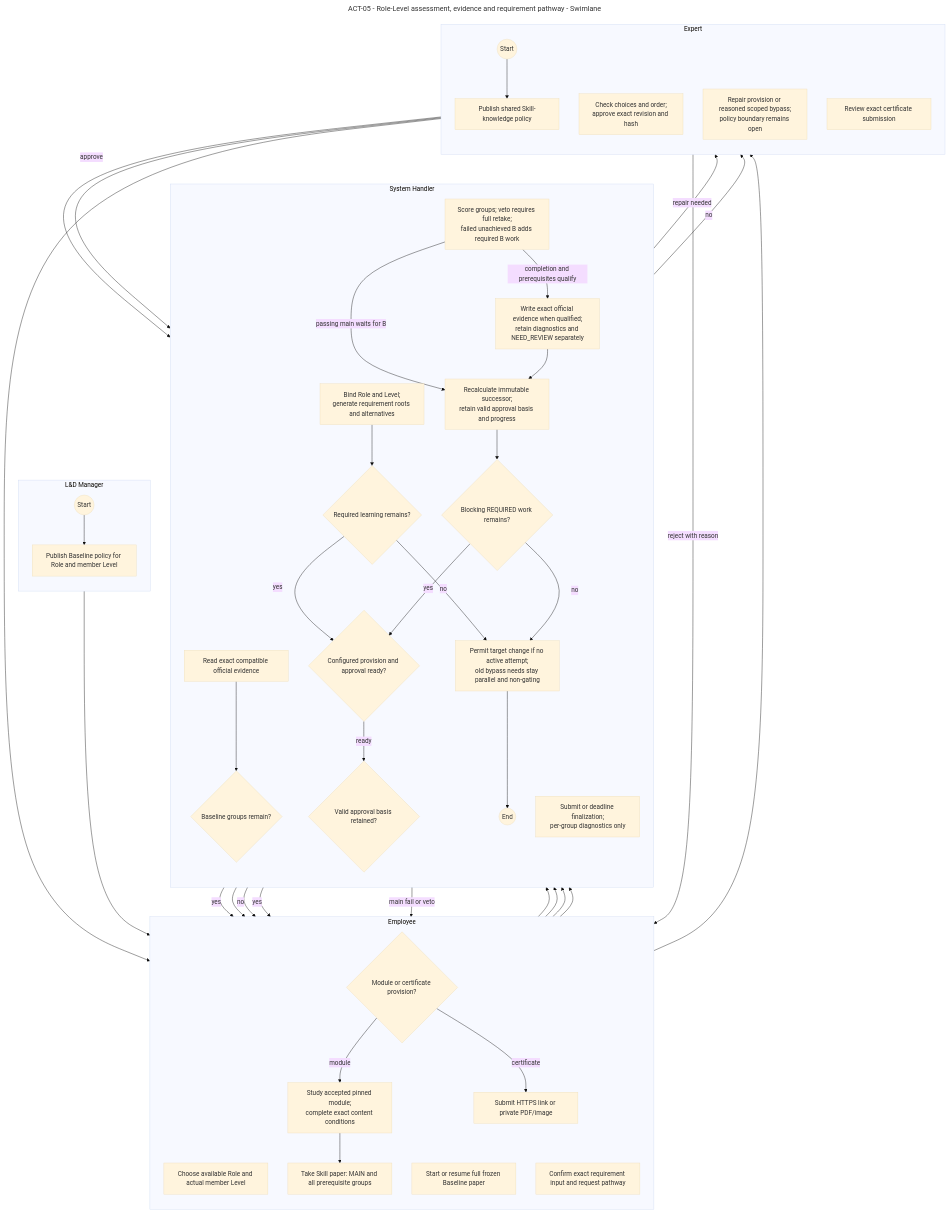
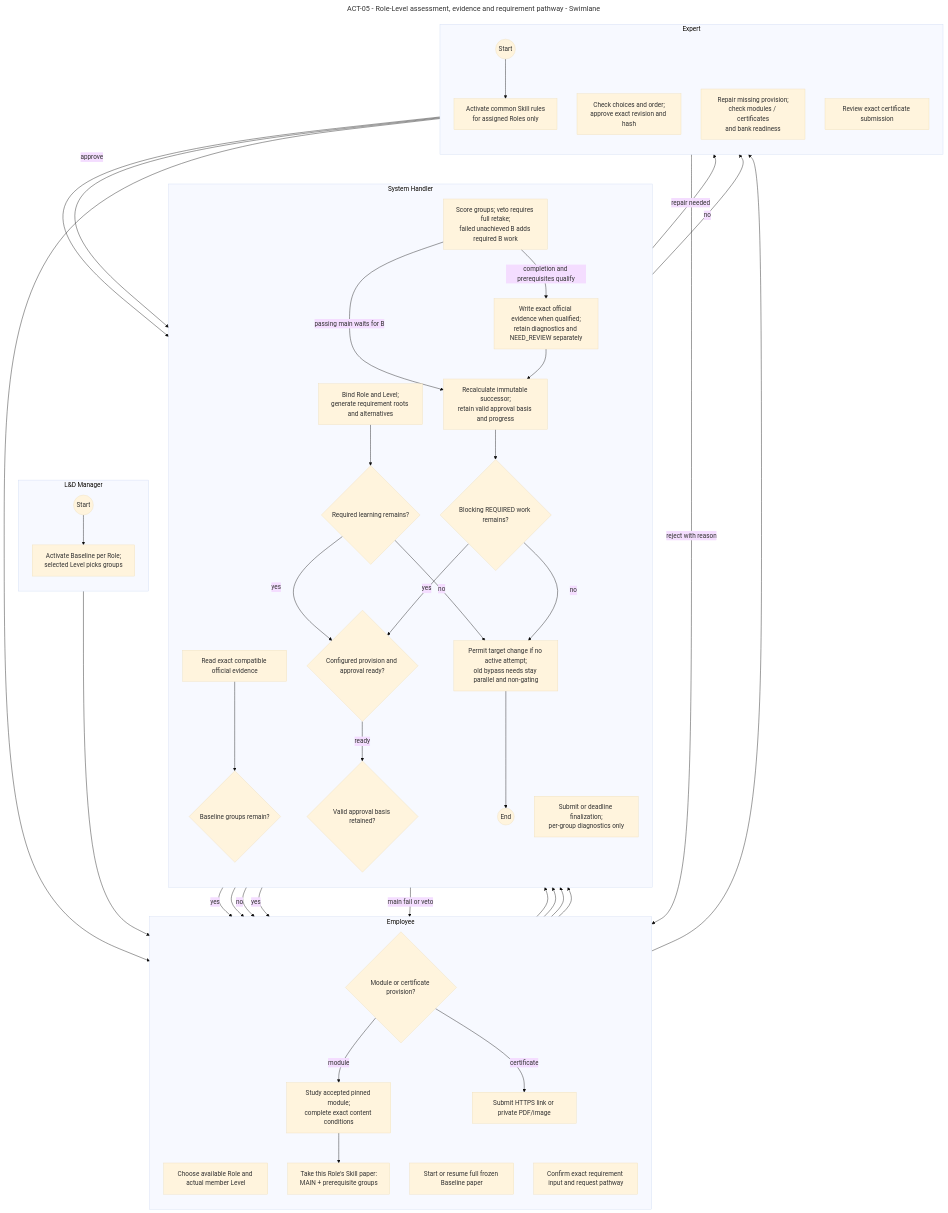
One commit to SEP490-Fall-2026-GFA26SE64/SEP490 changed the diagram in documents/diagrams/mermaid/swimlanes/act-05.mmd. Above: the diagram before and after it, drawn with Mermaid. The commit also changed 136 other files, not shown here.

```diff
--- a/documents/diagrams/mermaid/swimlanes/act-05.mmd
+++ b/documents/diagrams/mermaid/swimlanes/act-05.mmd
@@ -1,80 +1,80 @@
 ---
 title: "ACT-05 - Role-Level assessment, evidence and requirement pathway - Swimlane"
 config: {theme: base, look: classic, flowchart: {htmlLabels: true}}
 ---
 flowchart TD
   subgraph Actor0["L&amp;D Manager"]
     direction TB
     start(("Start"))
-    config["Publish Baseline policy for Role and member Level"]
+    config["Activate Baseline per Role;<br/>selected Level picks groups"]
   end
   subgraph Actor1["Employee"]
     direction TB
     choose["Choose available Role and actual member Level"]
     baseline["Start or resume full frozen Baseline paper"]
     confirm["Confirm exact requirement input and request pathway"]
     option{"Module or certificate provision?"}
     learn["Study accepted pinned module;<br/>complete exact content conditions"]
-    assess["Take Skill paper: MAIN and all prerequisite groups"]
+    assess["Take this Role's Skill paper:<br/>MAIN + prerequisite groups"]
     cert["Submit HTTPS link or private PDF/image"]
   end
   subgraph Actor2["System Handler"]
     direction TB
     evidence["Read exact compatible official evidence"]
     need{"Baseline groups remain?"}
     finish["Submit or deadline finalization;<br/>per-group diagnostics only"]
     bind["Bind Role and Level;<br/>generate requirement roots and alternatives"]
     admission{"Configured provision and approval ready?"}
     evaluate["Score groups; veto requires full retake;<br/>failed unachieved B adds required B work"]
     award["Write exact official evidence when qualified;<br/>retain diagnostics and NEED_REVIEW separately"]
     recalc["Recalculate immutable successor;<br/>retain valid approval basis and progress"]
     block{"Blocking REQUIRED work remains?"}
     release["Permit target change if no active attempt;<br/>old bypass needs stay parallel and non-gating"]
     done(("End"))
     required{"Required learning remains?"}
     reviewed{"Valid approval basis retained?"}
   end
   subgraph Actor3["Expert"]
     direction TB
-    skillPolicy["Publish shared Skill-knowledge policy"]
+    skillPolicy["Activate common Skill rules<br/>for assigned Roles only"]
     review["Check choices and order;<br/>approve exact revision and hash"]
-    repair["Repair provision or reasoned scoped bypass;<br/>policy boundary remains open"]
+    repair["Repair missing provision;<br/>check modules / certificates<br/>and bank readiness"]
     certReview["Review exact certificate submission"]
     skillStart(("Start"))
   end
   start --> config
   config --> choose
   choose --> evidence
   evidence --> need
   skillStart --> skillPolicy
   need -->|"yes"| baseline
   baseline --> finish
   finish --> confirm
   need -->|"no"| confirm
   confirm --> bind
   bind --> required
   required -->|"yes"| admission
   required -->|"no"| release
   admission -->|"repair needed"| repair
   repair --> admission
   admission -->|"ready"| reviewed
   reviewed -->|"yes"| option
   reviewed -->|"no"| review
   review --> option
   option -->|"module"| learn
   learn --> assess
   assess --> evaluate
   evaluate -->|"main fail or veto"| assess
   evaluate -->|"passing main waits for B"| recalc
   evaluate -->|"completion and prerequisites qualify"| award
   option -->|"certificate"| cert
   cert --> certReview
   certReview -->|"reject with reason"| cert
   certReview -->|"approve"| award
   award --> recalc
   recalc --> block
   block -->|"yes"| admission
   block -->|"no"| release
   release --> done
 
   %% Fixed actor-column layout is exported by render-business-swimlanes.cjs.
```
